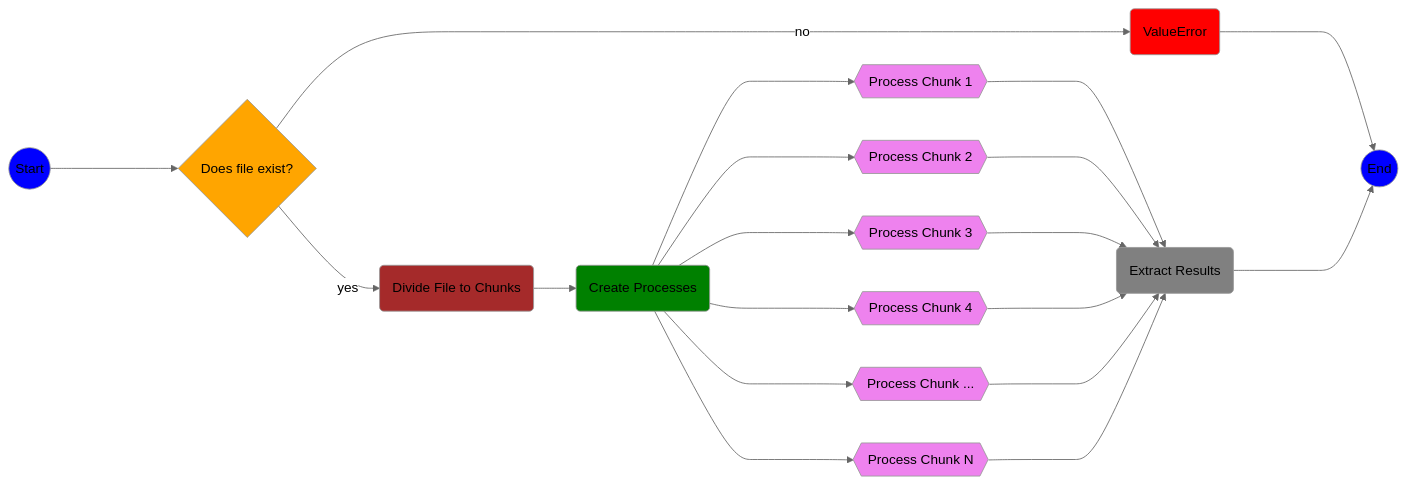
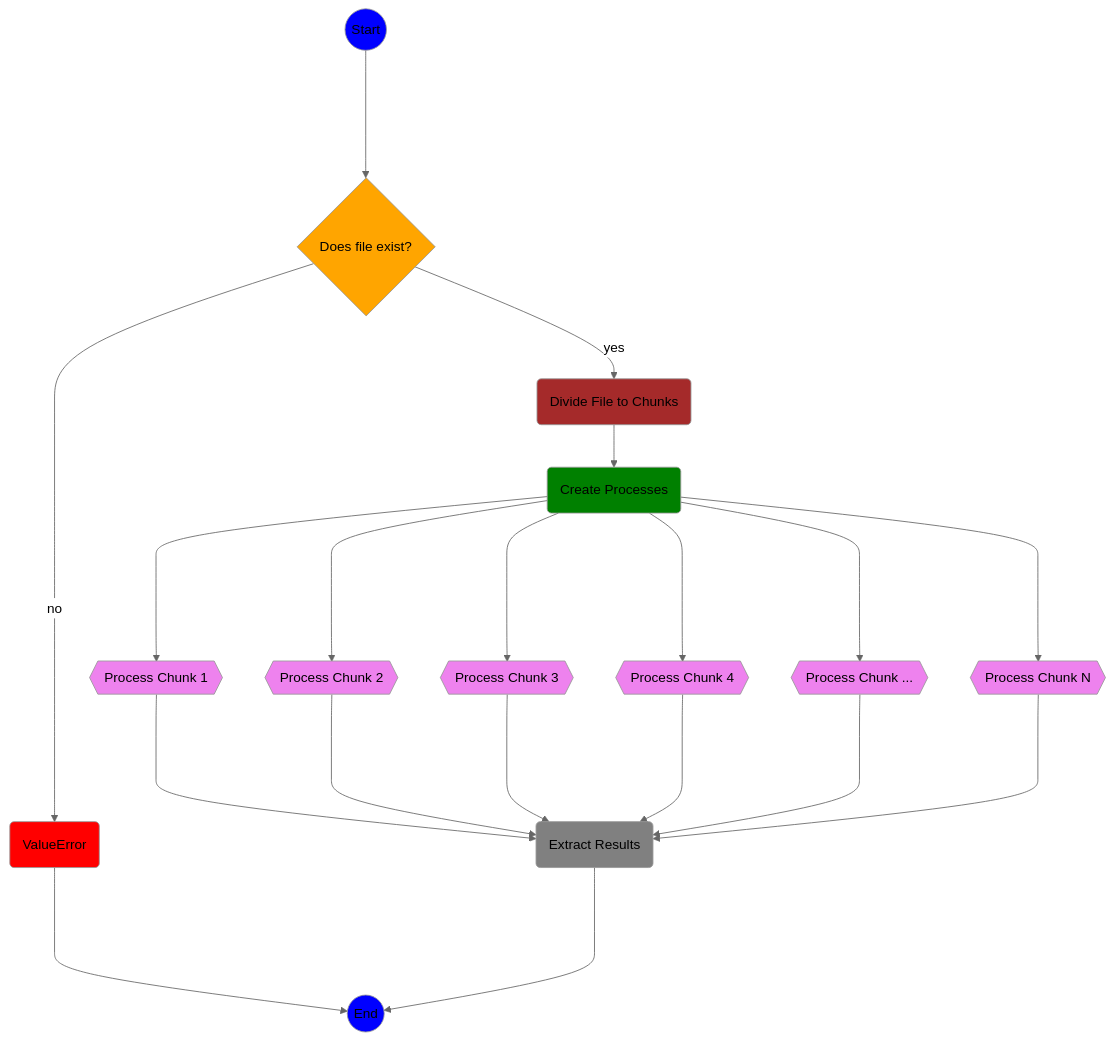
Before and after one commit to bbarabadze/Assign_4_multiprocess: the diagram in readme.md, drawn with Mermaid (neutral theme).

````diff
--- a/readme.md
+++ b/readme.md
@@ -1,48 +1,48 @@
 ```mermaid
-flowchart LR;
+flowchart TB;
     S((Start))
     style S fill:blue
     F{Does file exist?}
     style F fill:orange
     E(ValueError)
     style E fill:red
     D(Divide File to Chunks)
     style D fill:brown
     CR(Create Processes)
     style CR fill:green
     P1{{Process Chunk 1}}
     style P1 fill:violet
     P2{{Process Chunk 2}}
     style P2 fill:violet
     P3{{Process Chunk 3}}
     style P3 fill:violet
     P4{{Process Chunk 4}}
     style P4 fill:violet
     P5{{Process Chunk ...}}
     style P5 fill:violet
     P6{{Process Chunk N}}
     style P6 fill:violet
     Ex(Extract Results)
     style Ex fill:gray
     END((End))
     style END fill:blue
     S ----> F
     F -->|yes| D
     F ---->|no| E
     D -->CR
     CR ----> P1
     CR ----> P2
     CR ----> P3
     CR ----> P4
     CR ----> P5
     CR ----> P6
     P1 ----> Ex
     P2 ----> Ex
     P3 ----> Ex
     P4 ----> Ex
     P5 ----> Ex
     P6 ----> Ex
     E ----> END
     Ex ----> END
 
 ```
````
